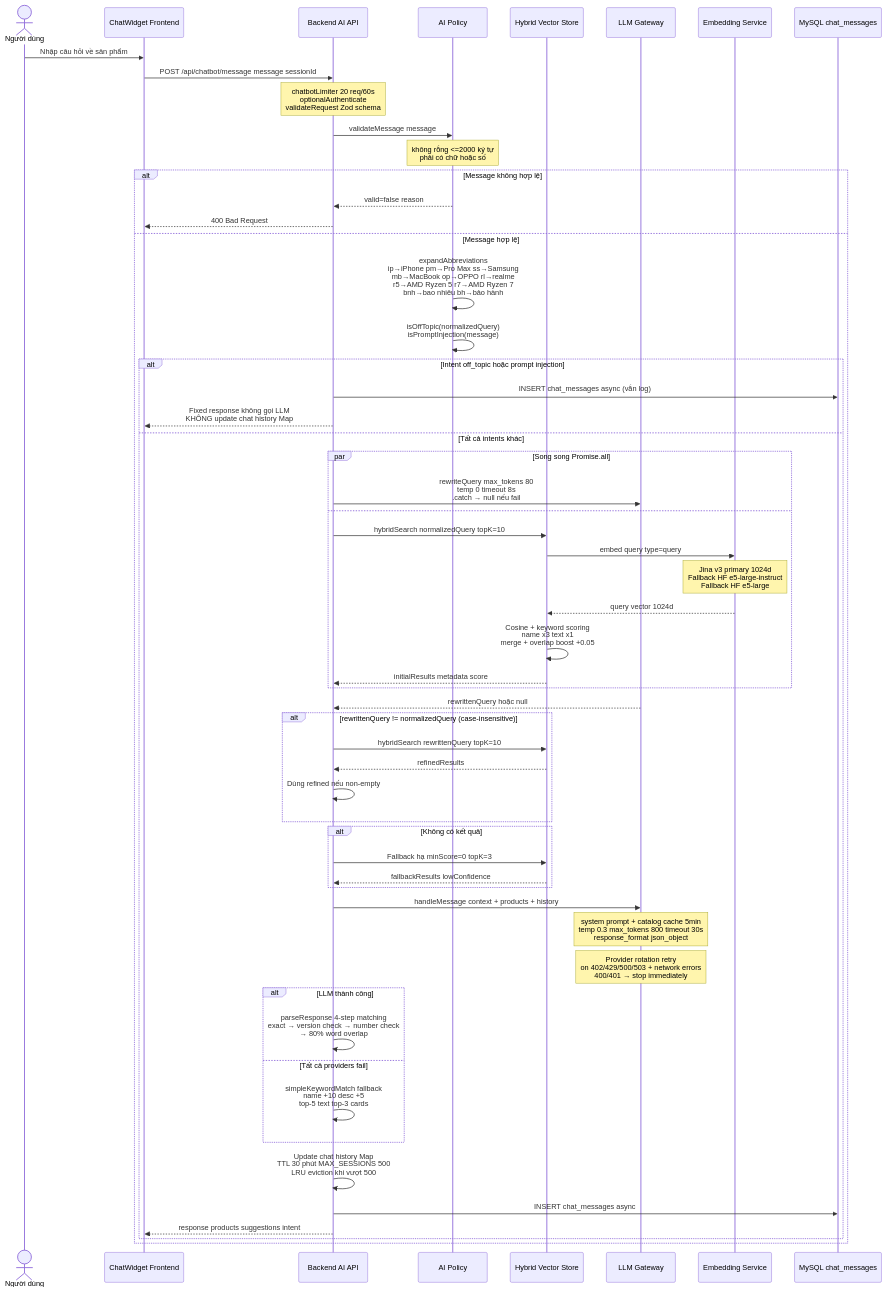
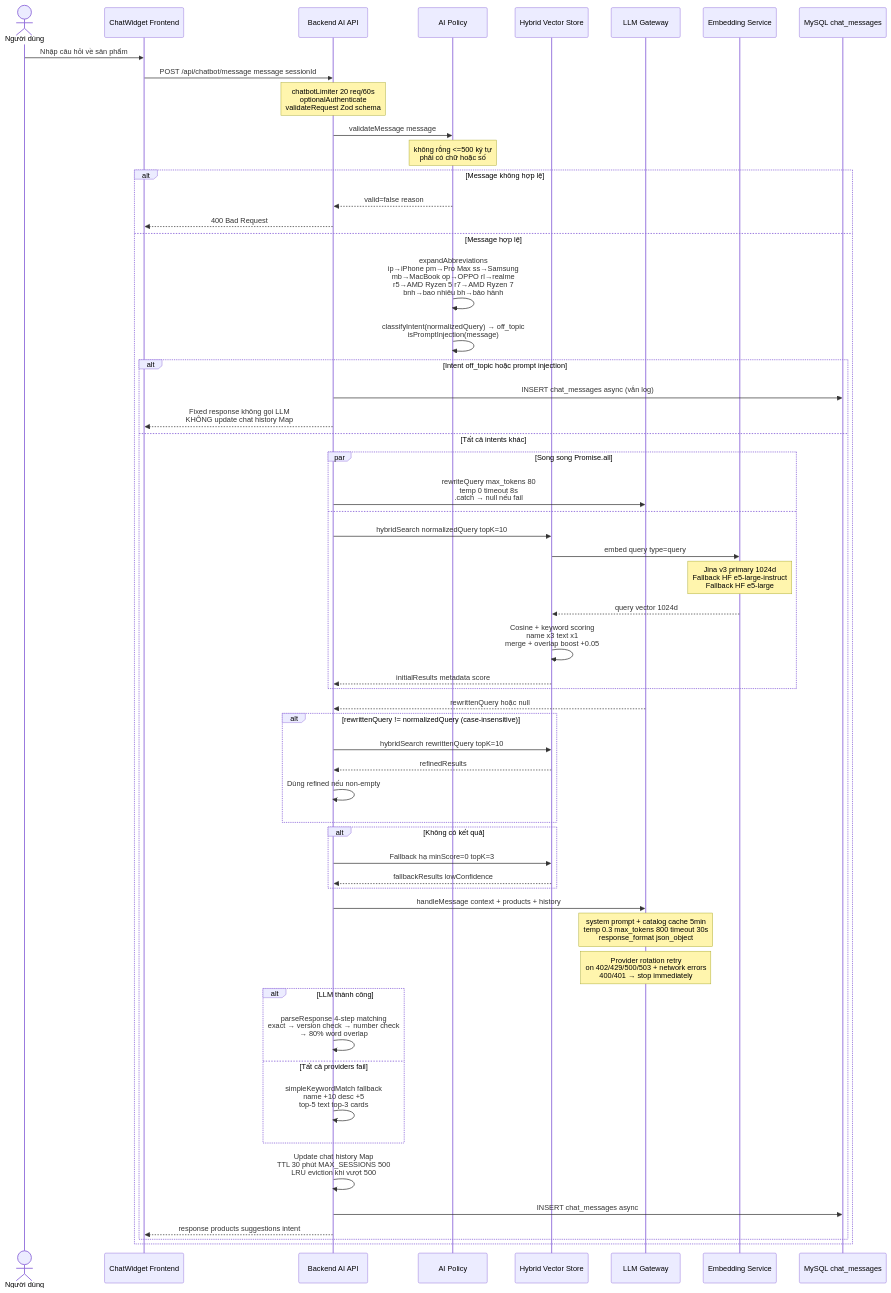
One commit to MinhThang1009/E-commerce-website changed diagram 26 of 47 in DIAGRAMS.md. Above: the diagram before and after it, drawn with Mermaid. The commit also changed other lines of this file and 9 other files, not shown here.

First line of the commit message:
docs: đồng bộ tài liệu RAG pipeline + diagram với codebase

````diff
--- a/DIAGRAMS.md
+++ b/DIAGRAMS.md
@@ -859,69 +865,69 @@
 ```mermaid
 sequenceDiagram
     actor User as Người dùng
     participant CW as ChatWidget Frontend
     participant API as Backend AI API
     participant Policy as AI Policy
     participant VS as Hybrid Vector Store
     participant LLM as LLM Gateway
     participant Embed as Embedding Service
     participant DB as MySQL chat_messages
 
     User->>CW: Nhập câu hỏi về sản phẩm
     CW->>API: POST /api/chatbot/message message sessionId
     Note over API: chatbotLimiter 20 req/60s<br/>optionalAuthenticate<br/>validateRequest Zod schema
 
     API->>Policy: validateMessage message
-    Note over Policy: không rỗng <=2000 ký tự<br/>phải có chữ hoặc số
+    Note over Policy: không rỗng <=500 ký tự<br/>phải có chữ hoặc số
 
     alt Message không hợp lệ
         Policy-->>API: valid=false reason
         API-->>CW: 400 Bad Request
     else Message hợp lệ
         Policy->>Policy: expandAbbreviations<br/>ip→iPhone pm→Pro Max ss→Samsung<br/>mb→MacBook op→OPPO rl→realme<br/>r5→AMD Ryzen 5 r7→AMD Ryzen 7<br/>bnh→bao nhiêu bh→bảo hành
-        Policy->>Policy: isOffTopic(normalizedQuery)<br/>isPromptInjection(message)
+        Policy->>Policy: classifyIntent(normalizedQuery) → off_topic<br/>isPromptInjection(message)
 
         alt Intent off_topic hoặc prompt injection
             API->>DB: INSERT chat_messages async (vẫn log)
             API-->>CW: Fixed response không gọi LLM<br/>KHÔNG update chat history Map
         else Tất cả intents khác
             par Song song Promise.all
                 API->>LLM: rewriteQuery max_tokens 80<br/>temp 0 timeout 8s<br/>.catch → null nếu fail
             and
                 API->>VS: hybridSearch normalizedQuery topK=10
                 VS->>Embed: embed query type=query
                 Note over Embed: Jina v3 primary 1024d<br/>Fallback HF e5-large-instruct<br/>Fallback HF e5-large
                 Embed-->>VS: query vector 1024d
                 VS->>VS: Cosine + keyword scoring<br/>name x3 text x1<br/>merge + overlap boost +0.05
                 VS-->>API: initialResults metadata score
             end
 
             LLM-->>API: rewrittenQuery hoặc null
 
             alt rewrittenQuery != normalizedQuery (case-insensitive)
                 API->>VS: hybridSearch rewrittenQuery topK=10
                 VS-->>API: refinedResults
                 API->>API: Dùng refined nếu non-empty
             end
 
             alt Không có kết quả
                 API->>VS: Fallback hạ minScore=0 topK=3
                 VS-->>API: fallbackResults lowConfidence
             end
 
             API->>LLM: handleMessage context + products + history
             Note over LLM: system prompt + catalog cache 5min<br/>temp 0.3 max_tokens 800 timeout 30s<br/>response_format json_object
             Note over LLM: Provider rotation retry<br/>on 402/429/500/503 + network errors<br/>400/401 → stop immediately
 
             alt LLM thành công
                 API->>API: parseResponse 4-step matching<br/>exact → version check → number check<br/>→ 80% word overlap
             else Tất cả providers fail
                 API->>API: simpleKeywordMatch fallback<br/>name +10 desc +5<br/>top-5 text top-3 cards
             end
 
             API->>API: Update chat history Map<br/>TTL 30 phút MAX_SESSIONS 500<br/>LRU eviction khi vượt 500
             API->>DB: INSERT chat_messages async
             API-->>CW: response products suggestions intent
         end
     end
 ```
````
